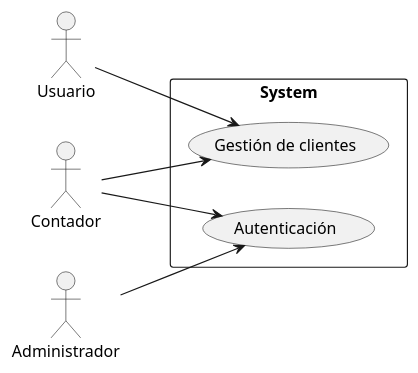
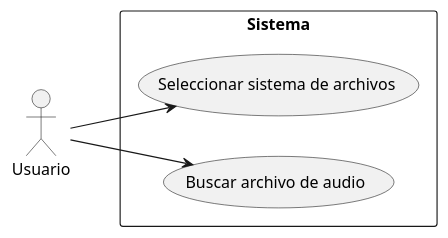
One commit to Ic3manMtz/24-O changed the diagram in Ingenieria_Software/Laboratorio/UseCases.puml. Above: the diagram before and after it, drawn with PlantUML. The commit also changed 127 other files, not shown here.

```diff
--- a/Ingenieria_Software/Laboratorio/UseCases.puml
+++ b/Ingenieria_Software/Laboratorio/UseCases.puml
@@ -1,18 +1,10 @@
 @startuml
-
 left to right direction
-
-actor Usuario as u
-actor Administrador as a 
-actor Contador as c
-
-rectangle System{
-  (Autenticación) as auth
-  (Gestión de clientes) as gestion
+actor "Usuario" as u
+rectangle Sistema {
+  usecase "Seleccionar sistema de archivos" as UC1
+  usecase "Buscar archivo de audio" as UC2
 }
-
-u --> gestion
-a --> auth
-c --> gestion
-c --> auth
+u --> UC1
+u --> UC2
 @enduml
```
